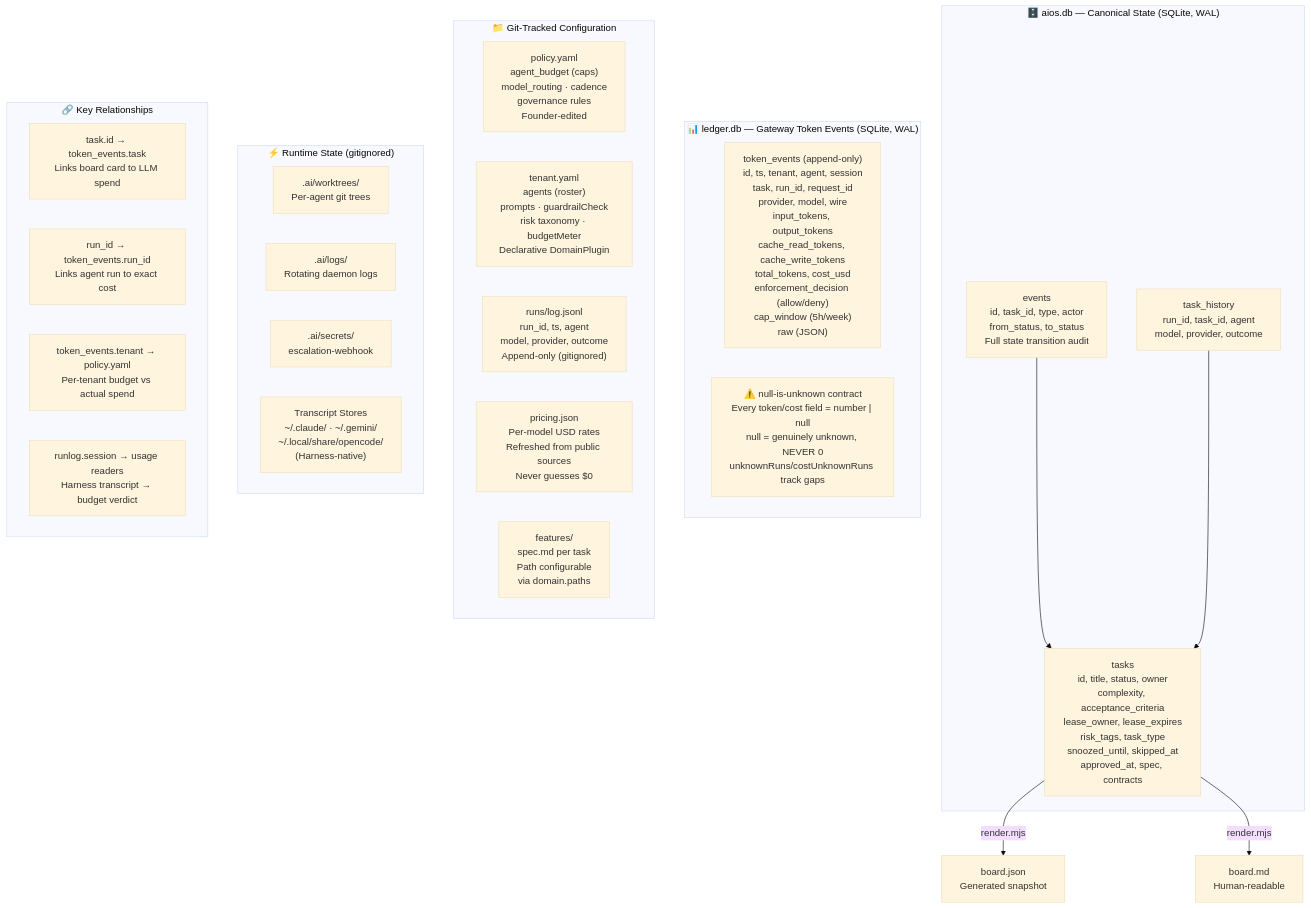
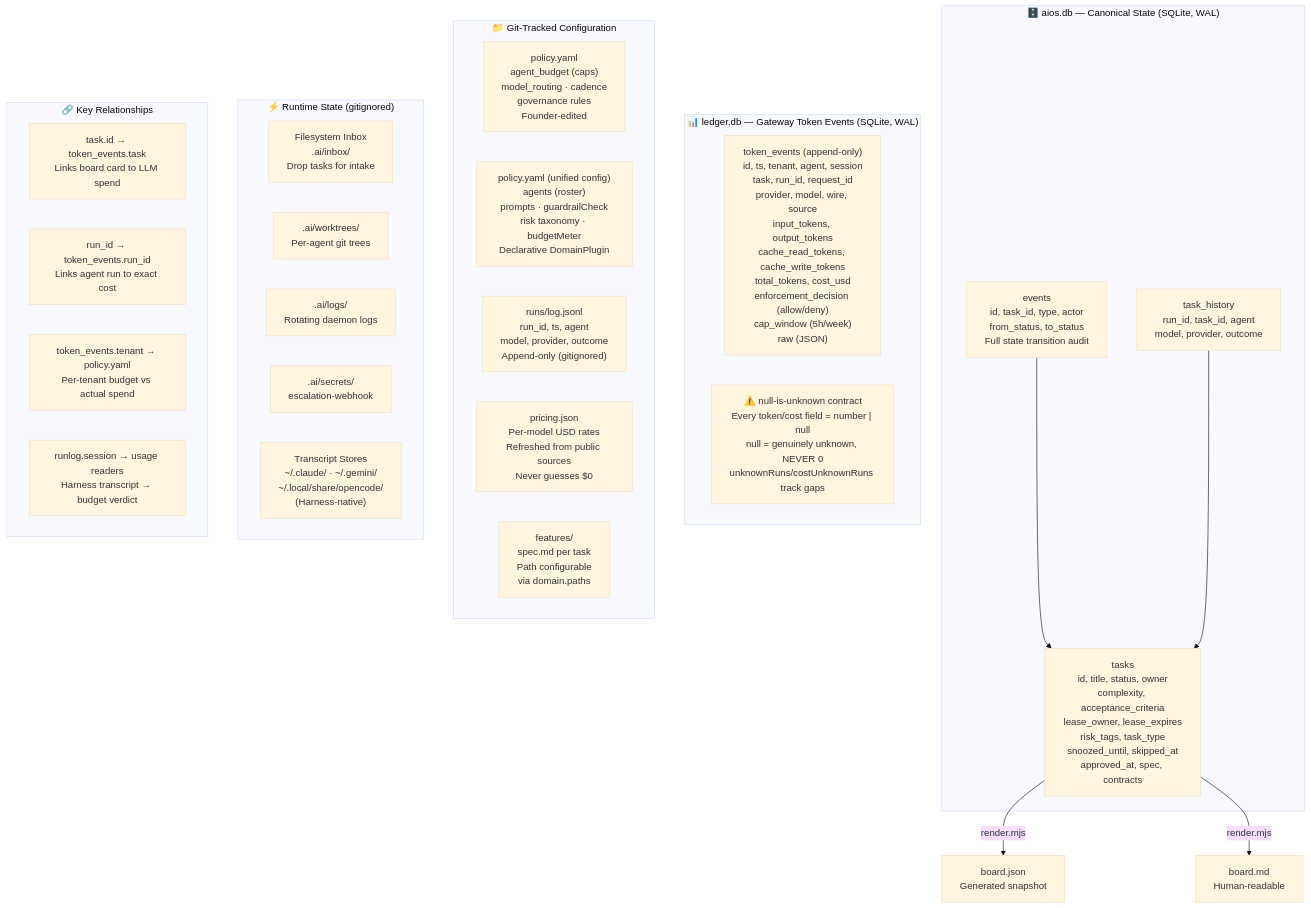
One commit to gravity-7/meridianos-core changed the diagram in docs/diagrams/data-model.md. Above: the diagram before and after it, drawn with Mermaid (base theme). The commit also changed 43 other files, not shown here.

````diff
--- a/docs/diagrams/data-model.md
+++ b/docs/diagrams/data-model.md
@@ -3,40 +3,41 @@
 ```mermaid
 graph TB
     subgraph StateDB["🗄️ aios.db — Canonical State (SQLite, WAL)"]
         Tasks["tasks<br/>id, title, status, owner<br/>complexity, acceptance_criteria<br/>lease_owner, lease_expires<br/>risk_tags, task_type<br/>snoozed_until, skipped_at<br/>approved_at, spec, contracts"]
         Events["events<br/>id, task_id, type, actor<br/>from_status, to_status<br/>Full state transition audit"]
         History["task_history<br/>run_id, task_id, agent<br/>model, provider, outcome"]
     end
 
     subgraph LedgerDB["📊 ledger.db — Gateway Token Events (SQLite, WAL)"]
-        TokenEvents["token_events (append-only)<br/>id, ts, tenant, agent, session<br/>task, run_id, request_id<br/>provider, model, wire<br/>input_tokens, output_tokens<br/>cache_read_tokens, cache_write_tokens<br/>total_tokens, cost_usd<br/>enforcement_decision (allow/deny)<br/>cap_window (5h/week)<br/>raw (JSON)"]
+        TokenEvents["token_events (append-only)<br/>id, ts, tenant, agent, session<br/>task, run_id, request_id<br/>provider, model, wire, source<br/>input_tokens, output_tokens<br/>cache_read_tokens, cache_write_tokens<br/>total_tokens, cost_usd<br/>enforcement_decision (allow/deny)<br/>cap_window (5h/week)<br/>raw (JSON)"]
         NullContract["⚠️ null-is-unknown contract<br/>Every token/cost field = number | null<br/>null = genuinely unknown, NEVER 0<br/>unknownRuns/costUnknownRuns track gaps"]
     end
 
     subgraph GitTracked["📁 Git-Tracked Configuration"]
         PolicyYAML["policy.yaml<br/>agent_budget (caps)<br/>model_routing · cadence<br/>governance rules<br/>Founder-edited"]
-        TenantYAML["tenant.yaml<br/>agents (roster)<br/>prompts · guardrailCheck<br/>risk taxonomy · budgetMeter<br/>Declarative DomainPlugin"]
+        TenantYAML["policy.yaml (unified config)<br/>agents (roster)<br/>prompts · guardrailCheck<br/>risk taxonomy · budgetMeter<br/>Declarative DomainPlugin"]
         RunLog["runs/log.jsonl<br/>run_id, ts, agent<br/>model, provider, outcome<br/>Append-only (gitignored)"]
         PricingJSON["pricing.json<br/>Per-model USD rates<br/>Refreshed from public sources<br/>Never guesses $0"]
         FeaturesDir["features/<br/>spec.md per task<br/>Path configurable<br/>via domain.paths"]
     end
 
     subgraph RuntimeState["⚡ Runtime State (gitignored)"]
+        Inbox["Filesystem Inbox<br/>.ai/inbox/<br/>Drop tasks for intake"]
         Worktrees[".ai/worktrees/<br/>Per-agent git trees"]
         Logs[".ai/logs/<br/>Rotating daemon logs"]
         Secrets[".ai/secrets/<br/>escalation-webhook"]
         Transcripts["Transcript Stores<br/>~/.claude/ · ~/.gemini/<br/>~/.local/share/opencode/<br/>(Harness-native)"]
     end
 
     Tasks -->|"render.mjs"| BoardJSON["board.json<br/>Generated snapshot"]
     Tasks -->|"render.mjs"| BoardMD["board.md<br/>Human-readable"]
     Events --> Tasks
     History --> Tasks
 
     subgraph Relationships["🔗 Key Relationships"]
         Rel1["task.id → token_events.task<br/>Links board card to LLM spend"]
         Rel2["run_id → token_events.run_id<br/>Links agent run to exact cost"]
         Rel3["token_events.tenant → policy.yaml<br/>Per-tenant budget vs actual spend"]
         Rel4["runlog.session → usage readers<br/>Harness transcript → budget verdict"]
     end
 ```
````
